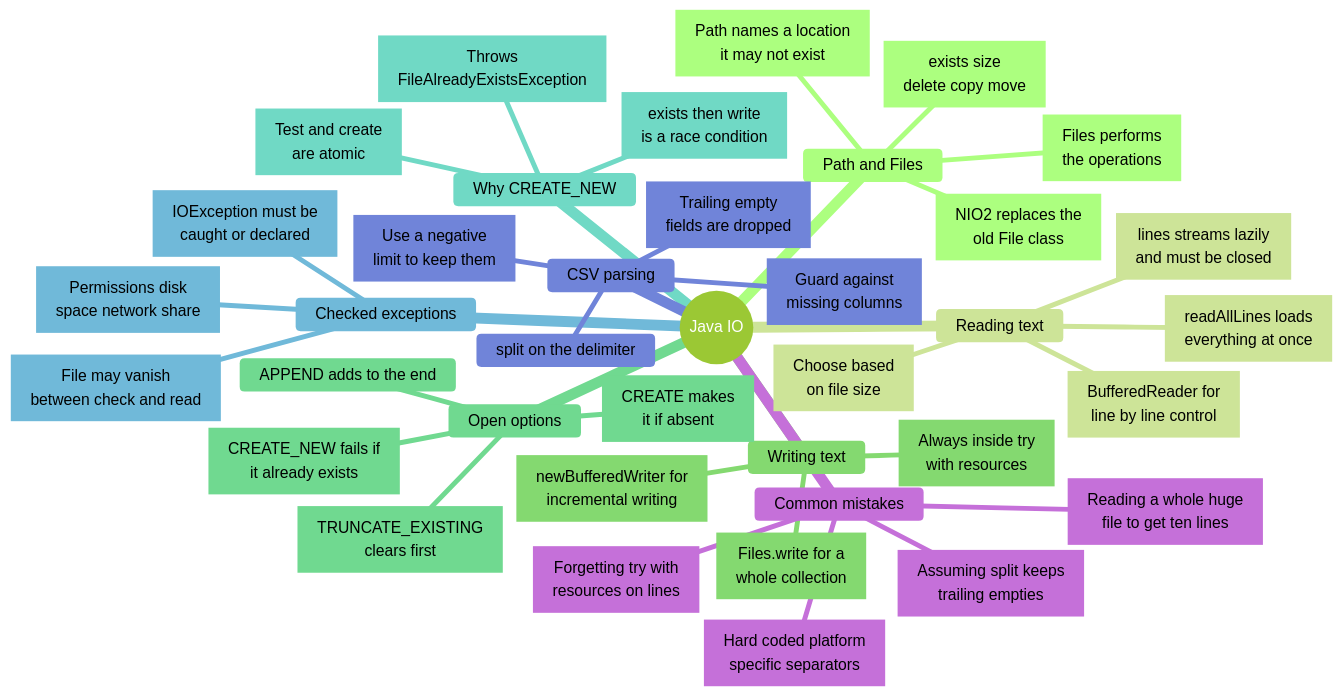
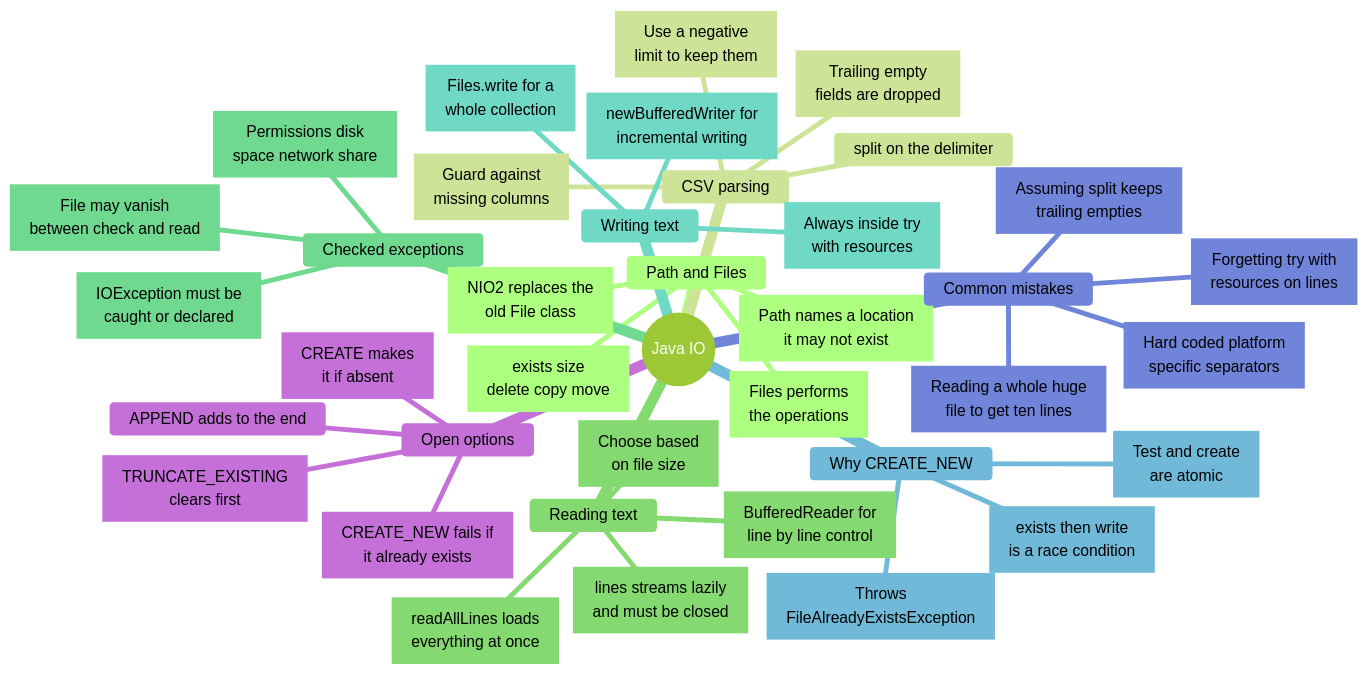
Before and after one commit to nmcguinness/L8-OOP-Module-Content: the ninth of 13 diagrams in notes/shared/mind maps/revision_t10_t22.md, drawn with Mermaid. The commit also changed other lines of this file and 4 other files, not shown here.

Commit message:
fixed mindmap label truncation and added admonitions test

````diff
--- a/notes/shared/mind maps/revision_t10_t22.md
+++ b/notes/shared/mind maps/revision_t10_t22.md
@@ -1169,80 +1169,80 @@
 ```mermaid
 ---
 title: "Java IO"
 accDescr: "Mind map of Java IO. Branches: Path and Files; Reading text; Writing text; Open options; Why CREATE_NEW; Checked exceptions; CSV parsing; Common mistakes."
 ---
 %%{init: { "theme": "forest", "markdownAutoWrap": false, "mindmap": { "maxNodeWidth": 300 } }}%%
 mindmap
   root((Java IO))
     Path and Files
       n1["`Path names a location
       it may not exist`"]
       n2["`Files performs
       the operations`"]
       n3["`exists size
       delete copy move`"]
       n4["`NIO2 replaces the
       old File class`"]
 
+    CSV parsing
+      split on the delimiter
+      n21["`Trailing empty
+      fields are dropped`"]
+      n22["`Use a negative
+      limit to keep them`"]
+      n23["`Guard against
+      missing columns`"]
+
     Reading text
       n5["`readAllLines loads
       everything at once`"]
       n6["`lines streams lazily
       and must be closed`"]
       n7["`BufferedReader for
       line by line control`"]
       n8["`Choose based
       on file size`"]
 
+    Checked exceptions
+      n18["`IOException must be
+      caught or declared`"]
+      n19["`File may vanish
+      between check and read`"]
+      n20["`Permissions disk
+      space network share`"]
+
     Writing text
       n9["`Files.write for a
       whole collection`"]
       n10["`newBufferedWriter for
       incremental writing`"]
       n11["`Always inside try
       with resources`"]
 
-    Open options
-      n12["`CREATE makes
-      it if absent`"]
-      n13["`CREATE_NEW fails if
-      it already exists`"]
-      APPEND adds to the end
-      n14["`TRUNCATE_EXISTING
-      clears first`"]
-
     Why CREATE_NEW
       n15["`Test and create
       are atomic`"]
       n16["`exists then write
       is a race condition`"]
       n17["`Throws
       FileAlreadyExistsException`"]
-
-    Checked exceptions
-      n18["`IOException must be
-      caught or declared`"]
-      n19["`File may vanish
-      between check and read`"]
-      n20["`Permissions disk
-      space network share`"]
-
-    CSV parsing
-      split on the delimiter
-      n21["`Trailing empty
-      fields are dropped`"]
-      n22["`Use a negative
-      limit to keep them`"]
-      n23["`Guard against
-      missing columns`"]
 
     Common mistakes
       n24["`Forgetting try with
       resources on lines`"]
       n25["`Reading a whole huge
       file to get ten lines`"]
       n26["`Assuming split keeps
       trailing empties`"]
       n27["`Hard coded platform
       specific separators`"]
+
+    Open options
+      n12["`CREATE makes
+      it if absent`"]
+      n13["`CREATE_NEW fails if
+      it already exists`"]
+      APPEND adds to the end
+      n14["`TRUNCATE_EXISTING
+      clears first`"]
 ```
````
